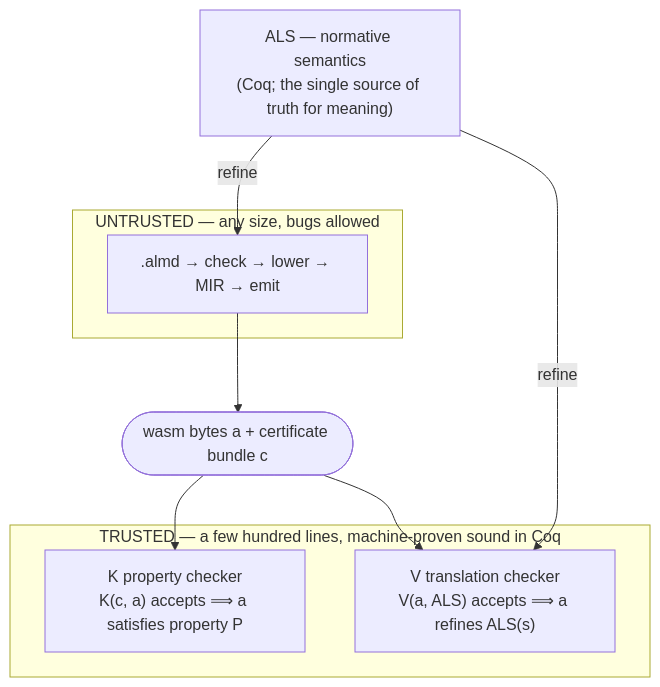
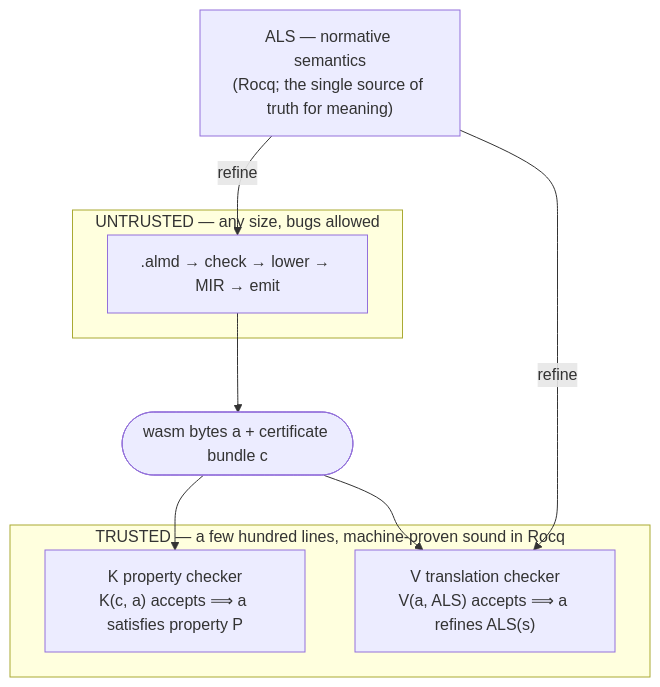
The diagram in docs/TRUST-SPINE.md (almide/almide), drawn with Mermaid before and after one commit. The commit also changed other lines of this file and 24 other files, not shown here.

````diff
--- a/docs/TRUST-SPINE.md
+++ b/docs/TRUST-SPINE.md
@@ -23,21 +23,21 @@
 ```mermaid
 flowchart TB
-    ALS["ALS — normative semantics<br/>(Coq; the single source of truth for meaning)"]
+    ALS["ALS — normative semantics<br/>(Rocq; the single source of truth for meaning)"]
 
     subgraph U["UNTRUSTED — any size, bugs allowed"]
         P[".almd → check → lower → MIR → emit"]
     end
 
     A(["wasm bytes a + certificate bundle c"])
 
-    subgraph T["TRUSTED — a few hundred lines, machine-proven sound in Coq"]
+    subgraph T["TRUSTED — a few hundred lines, machine-proven sound in Rocq"]
         K["K property checker<br/>K(c, a) accepts ⟹ a satisfies property P"]
         V["V translation checker<br/>V(a, ALS) accepts ⟹ a refines ALS(s)"]
     end
 
     ALS -->|refine| P
     P --> A
     A --> K
     A --> V
     ALS -->|refine| V
 ```
````
